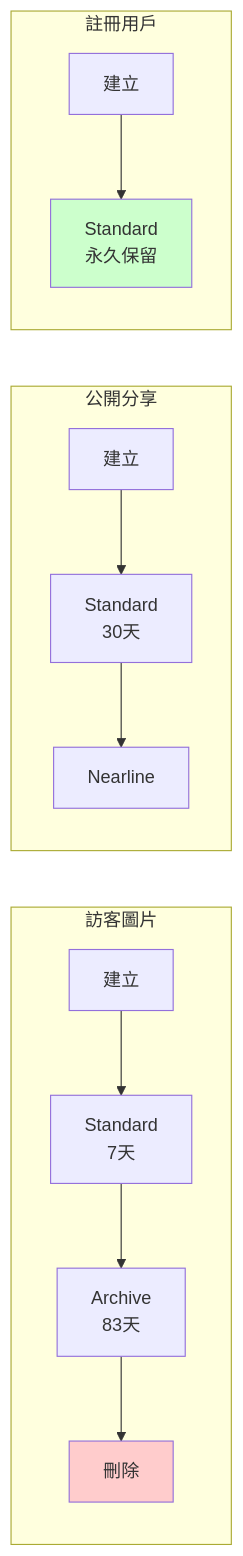
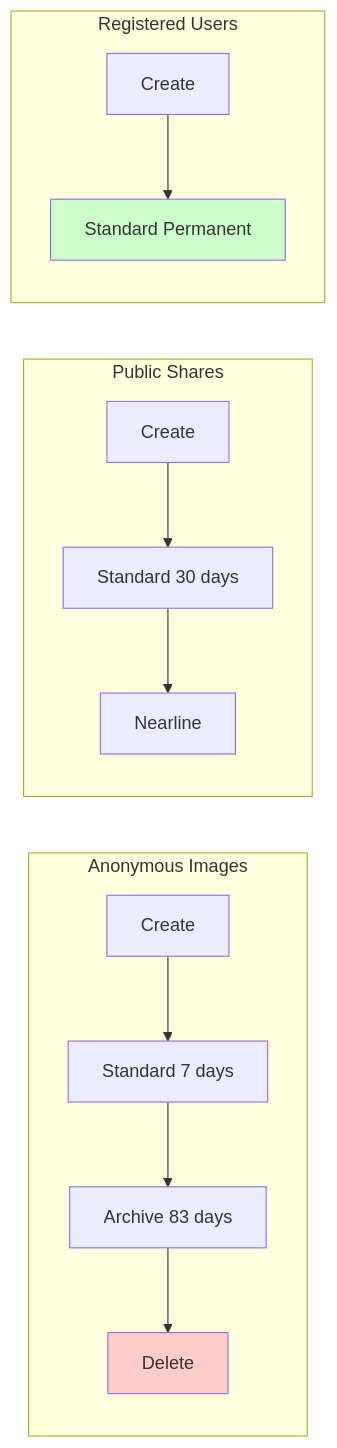
One commit to ZorroCheng-MC/sharehub changed the seventh of 7 diagrams in documents/2026-01-06-ccf-shave-for-hope-technical-plan.md. Above: the diagram before and after it, drawn with Mermaid. The commit also changed other lines of this file, not shown here.

Commit message:
Fix Mermaid diagram syntax for GitHub Pages rendering

````diff
--- a/documents/2026-01-06-ccf-shave-for-hope-technical-plan.md
+++ b/documents/2026-01-06-ccf-shave-for-hope-technical-plan.md
@@ -750,20 +742,20 @@
 ```mermaid
 flowchart LR
-    subgraph ANONYMOUS["訪客圖片"]
-        A1[建立] --> A2[Standard<br/>7天]
-        A2 --> A3[Archive<br/>83天]
-        A3 --> A4[刪除]
+    subgraph ANONYMOUS["Anonymous Images"]
+        A1["Create"] --> A2["Standard 7 days"]
+        A2 --> A3["Archive 83 days"]
+        A3 --> A4["Delete"]
     end
 
-    subgraph PUBLIC["公開分享"]
-        B1[建立] --> B2[Standard<br/>30天]
-        B2 --> B3[Nearline]
+    subgraph PUBLIC["Public Shares"]
+        B1["Create"] --> B2["Standard 30 days"]
+        B2 --> B3["Nearline"]
     end
 
-    subgraph REGISTERED["註冊用戶"]
-        C1[建立] --> C2[Standard<br/>永久保留]
+    subgraph REGISTERED["Registered Users"]
+        C1["Create"] --> C2["Standard Permanent"]
     end
 
     style A4 fill:#ffcccc
     style C2 fill:#ccffcc
 ```
````
